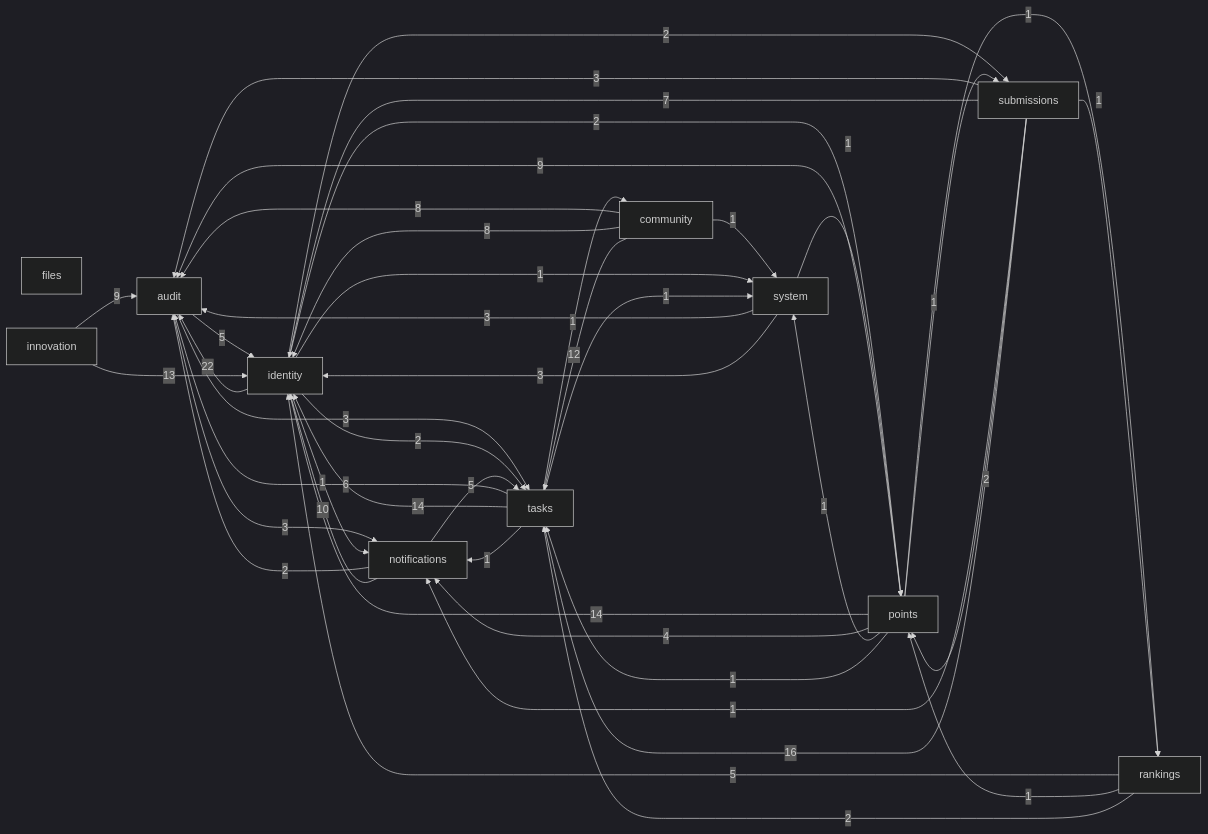
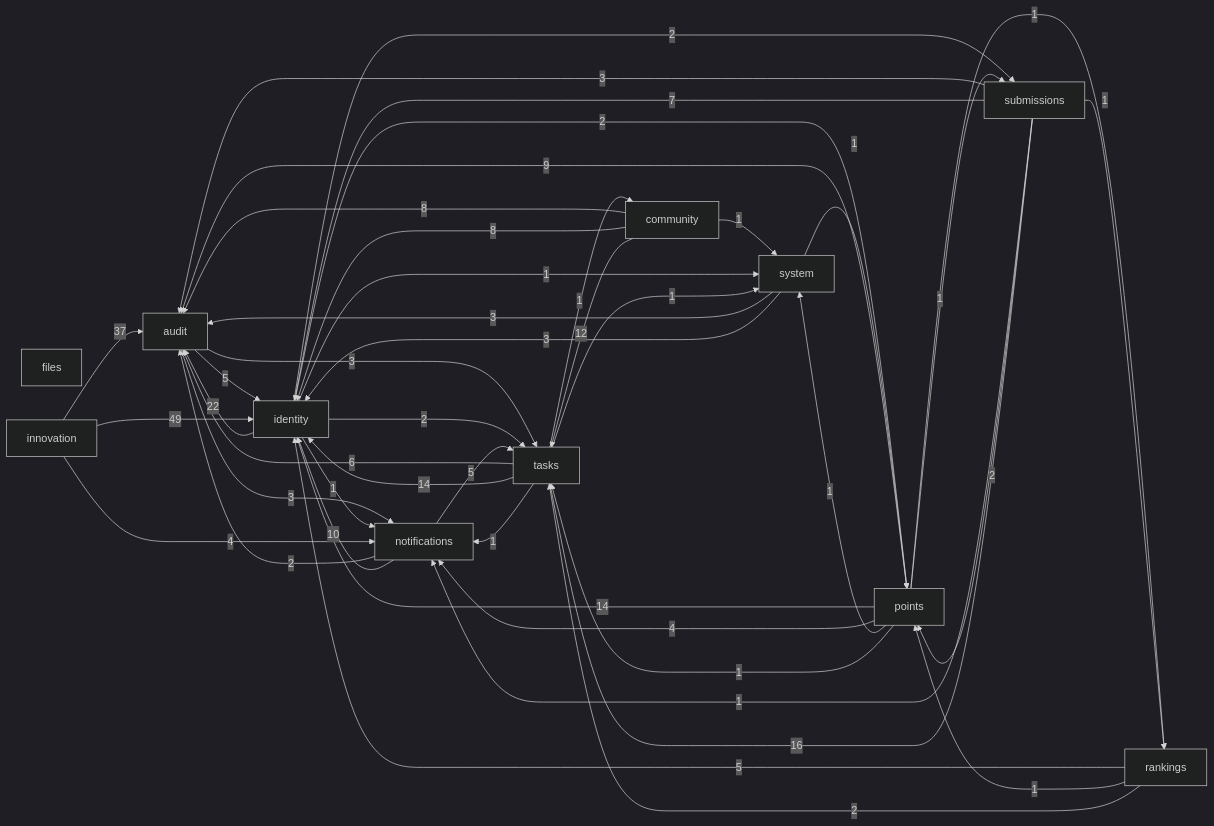
One commit to Penghuige/campus-quest changed the first of 2 diagrams in docs/architecture/as-built.md. Above: the diagram before and after it, drawn with Mermaid (dark theme). The commit also changed other lines of this file and 4 other files, not shown here.

````diff
--- a/docs/architecture/as-built.md
+++ b/docs/architecture/as-built.md
@@ -18,56 +18,57 @@
 ```mermaid
 flowchart LR
     audit[audit]
     community[community]
     files[files]
     identity[identity]
     innovation[innovation]
     notifications[notifications]
     points[points]
     rankings[rankings]
     submissions[submissions]
     system[system]
     tasks[tasks]
     audit -->|5| identity
     audit -->|3| notifications
     audit -->|3| tasks
     community -->|8| audit
     community -->|8| identity
     community -->|1| system
     community -->|12| tasks
     identity -->|22| audit
     identity -->|1| notifications
     identity -->|2| points
     identity -->|2| submissions
     identity -->|1| system
     identity -->|2| tasks
-    innovation -->|9| audit
-    innovation -->|13| identity
+    innovation -->|37| audit
+    innovation -->|49| identity
+    innovation -->|4| notifications
     notifications -->|2| audit
     notifications -->|10| identity
     notifications -->|5| tasks
     points -->|9| audit
     points -->|14| identity
     points -->|4| notifications
     points -->|1| rankings
     points -->|1| submissions
     points -->|1| system
     points -->|1| tasks
     rankings -->|5| identity
     rankings -->|1| points
     rankings -->|2| tasks
     submissions -->|3| audit
     submissions -->|7| identity
     submissions -->|1| notifications
     submissions -->|2| points
     submissions -->|1| rankings
     submissions -->|16| tasks
     system -->|3| audit
     system -->|3| identity
     system -->|1| points
     tasks -->|6| audit
     tasks -->|1| community
     tasks -->|14| identity
     tasks -->|1| notifications
     tasks -->|1| system
 ```
````
